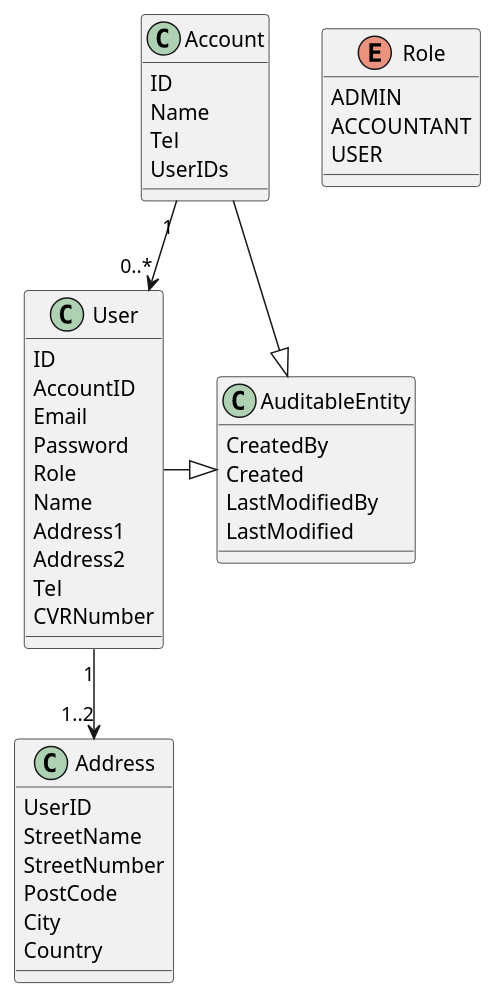
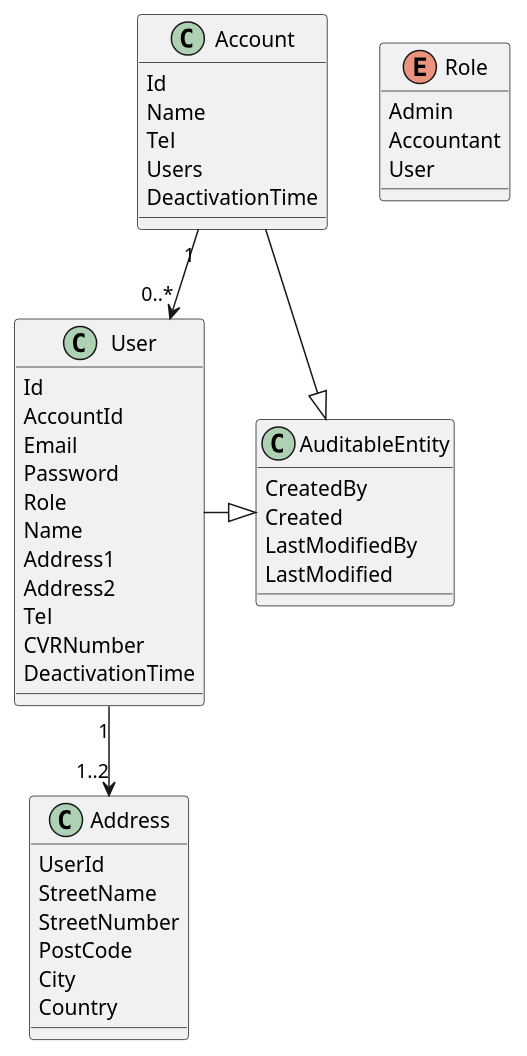
One commit to IT-Minds/client_dansk-gartneri_indberetning changed the diagram in docs/entity-datamodel.md. Above: the diagram before and after it, drawn with PlantUML. The commit also changed 2 other files, not shown here.

Commit message:
Add DeactivationTime to User and Account. Update and fix of namings in markdown file

```diff
--- a/docs/entity-datamodel.md
+++ b/docs/entity-datamodel.md
@@ -1,50 +1,52 @@
 @startuml
 
 class AuditableEntity {
   CreatedBy
   Created
   LastModifiedBy
   LastModified
 }
 
 class Account {
-  ID
+  Id
   Name
   Tel
-  UserIDs
+  Users
+  DeactivationTime
 }
 
 class User {
-  ID
-  AccountID
+  Id
+  AccountId
   Email
   Password
   Role
   Name
   Address1
   Address2
   Tel
   CVRNumber
+  DeactivationTime
 }
 
 enum Role {
-  ADMIN
-  ACCOUNTANT
-  USER
+  Admin
+  Accountant
+  User
 }
 
 class Address {
-  UserID
+  UserId
   StreetName
   StreetNumber
   PostCode
   City
   Country
 }
 
 User -|> AuditableEntity
 Account -|> AuditableEntity
 Account "1"-->"0..*" User
 User "1"-->"1..2" Address
 
 @enduml
```
